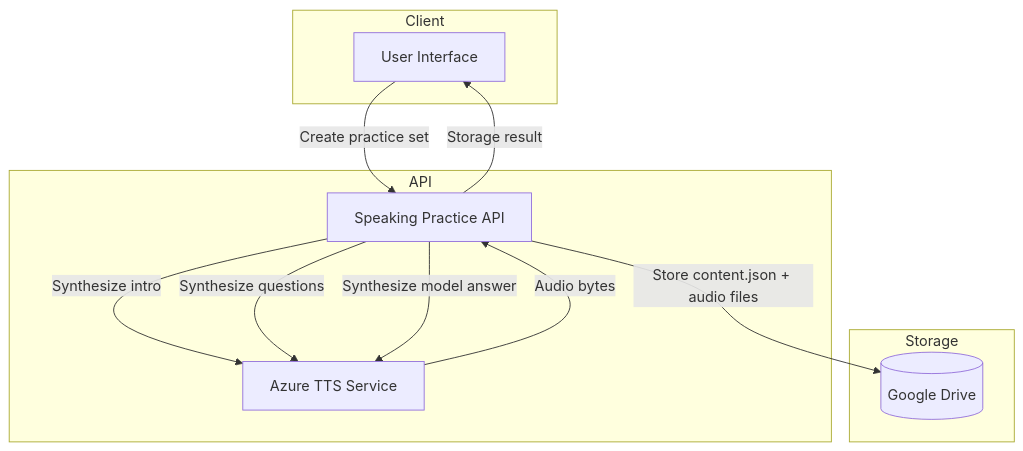
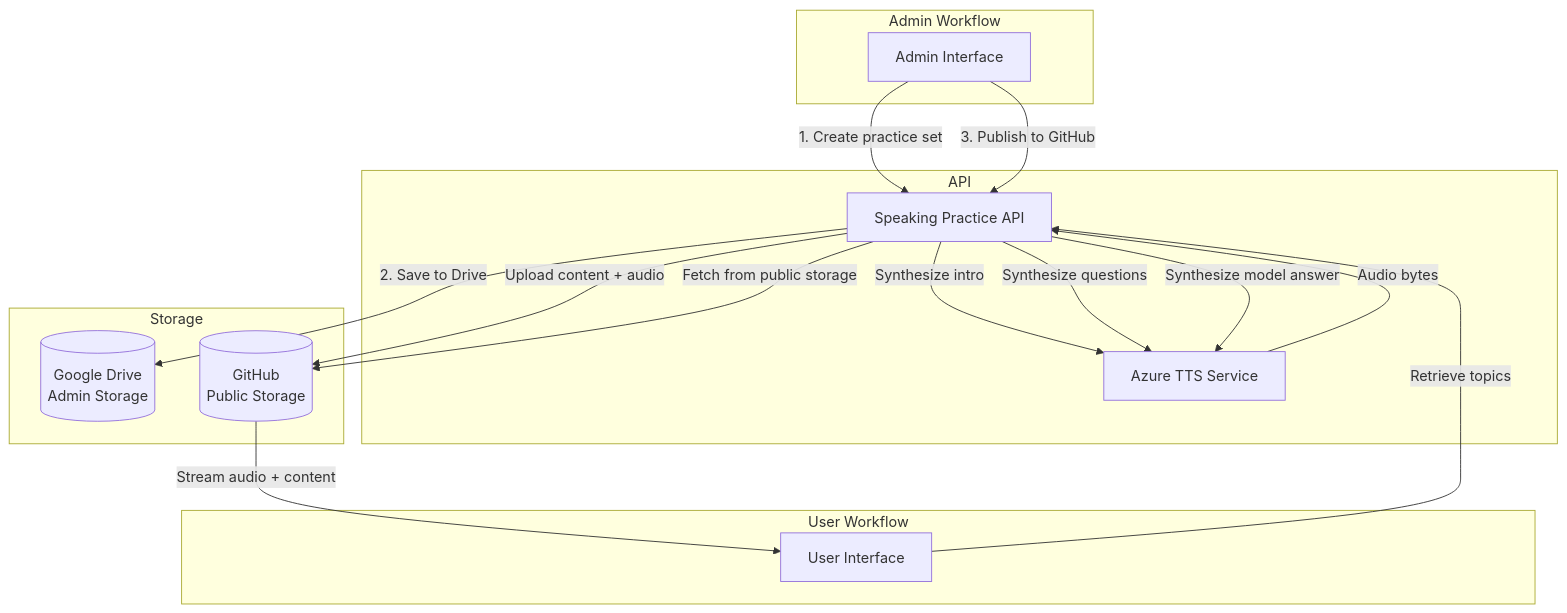
One commit to nldq092203/memomap-learning changed the tenth of 12 diagrams in backend/README.md. Above: the diagram before and after it, drawn with Mermaid. The commit also changed other lines of this file, not shown here.

````diff
--- a/backend/README.md
+++ b/backend/README.md
@@ -1372,23 +1578,34 @@
 ```mermaid
 flowchart TB
-    subgraph Client
-        UI[User Interface]
+    subgraph Admin["Admin Workflow"]
+        AdminUI[Admin Interface]
+    end
+    
+    subgraph User["User Workflow"]
+        UserUI[User Interface]
     end
     
     subgraph API
         SpeakAPI[Speaking Practice API]
         TTS[Azure TTS Service]
     end
     
     subgraph Storage
-        Drive[(Google Drive)]
+        Drive[(Google Drive<br/>Admin Storage)]
+        GitHub[(GitHub<br/>Public Storage)]
     end
     
-    UI -->|Create practice set| SpeakAPI
+    AdminUI -->|1. Create practice set| SpeakAPI
     SpeakAPI -->|Synthesize intro| TTS
     SpeakAPI -->|Synthesize questions| TTS
     SpeakAPI -->|Synthesize model answer| TTS
     TTS -->|Audio bytes| SpeakAPI
-    SpeakAPI -->|Store content.json + audio files| Drive
-    SpeakAPI -->|Storage result| UI
+    SpeakAPI -->|2. Save to Drive| Drive
+    
+    AdminUI -->|3. Publish to GitHub| SpeakAPI
+    SpeakAPI -->|Upload content + audio| GitHub
+    
+    UserUI -->|Retrieve topics| SpeakAPI
+    SpeakAPI -->|Fetch from public storage| GitHub
+    GitHub -->|Stream audio + content| UserUI
 ```
````
